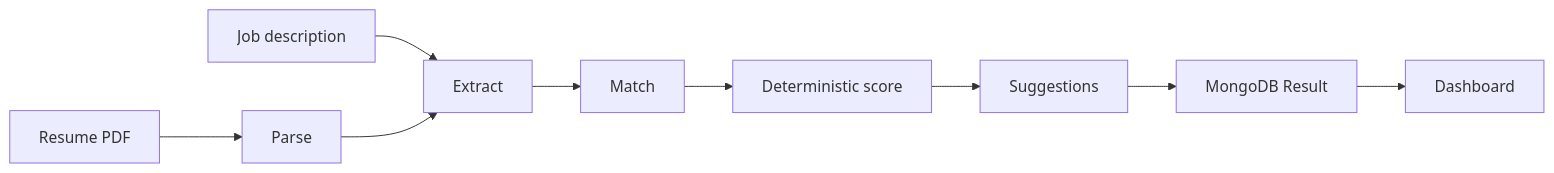
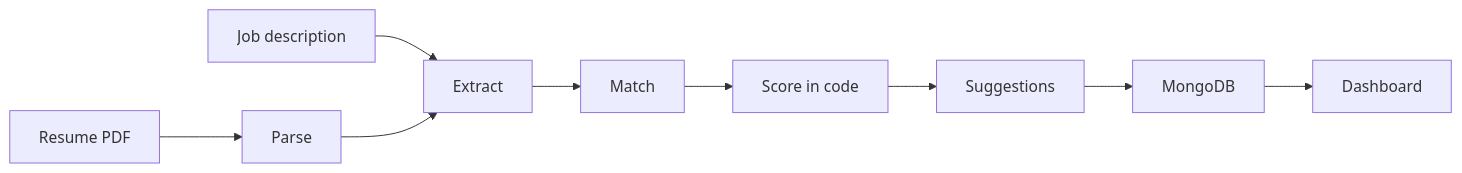
Before and after one commit to manojneupaneweb/Matchify-AI: the diagram in README.md, drawn with Mermaid. The commit also changed other lines of this file, not shown here.

````diff
--- a/README.md
+++ b/README.md
@@ -29,11 +27,11 @@
 ```mermaid
 flowchart LR
   resume[Resume PDF] --> parse[Parse]
   jd[Job description] --> extract[Extract]
   parse --> extract
   extract --> match[Match]
-  match --> score[Deterministic score]
+  match --> score[Score in code]
   score --> suggest[Suggestions]
-  suggest --> store[MongoDB Result]
+  suggest --> store[MongoDB]
   store --> dash[Dashboard]
 ```
````
